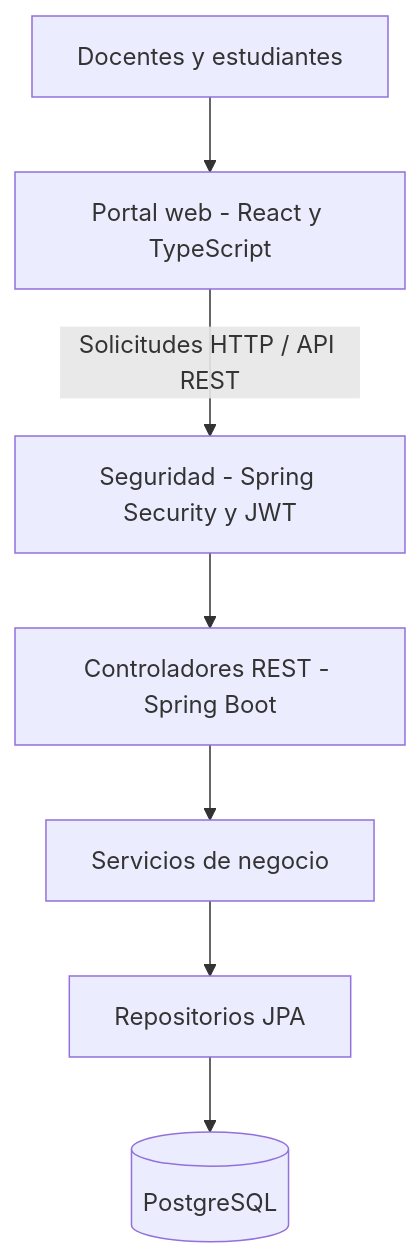
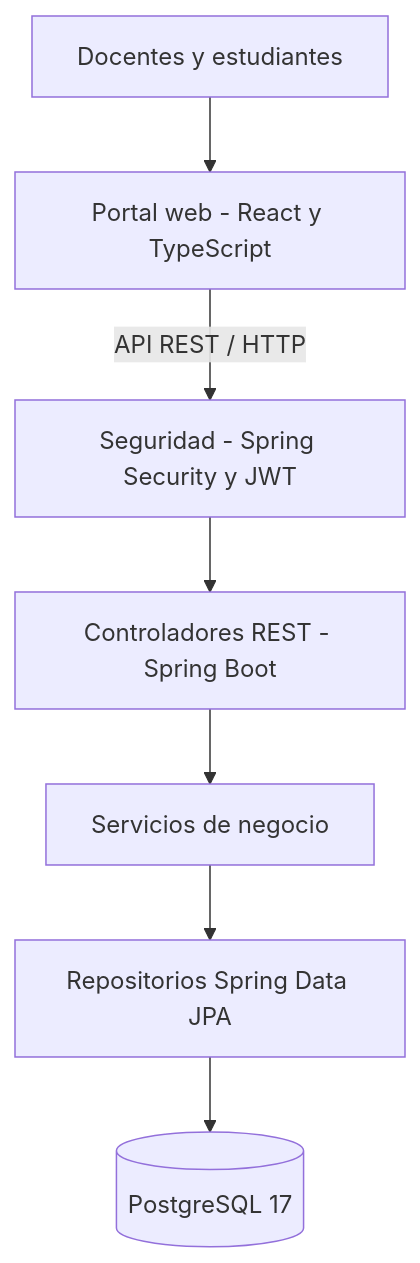
Before and after one commit to Jose-1206/attendance-registry-metricas: the diagram in docs/arquitectura/arquitectura.md, drawn with Mermaid. The commit also changed other lines of this file and 4 other files, not shown here.

````diff
--- a/docs/arquitectura/arquitectura.md
+++ b/docs/arquitectura/arquitectura.md
@@ -45,17 +26,17 @@
 ```mermaid
 flowchart TD
     U["Docentes y estudiantes"]
     P["Portal web - React y TypeScript"]
     SG["Seguridad - Spring Security y JWT"]
     C["Controladores REST - Spring Boot"]
     S["Servicios de negocio"]
-    R["Repositorios JPA"]
-    BD[("PostgreSQL")]
+    R["Repositorios Spring Data JPA"]
+    BD[("PostgreSQL 17")]
 
     U --> P
-    P -->|"Solicitudes HTTP / API REST"| SG
+    P -->|"API REST / HTTP"| SG
     SG --> C
     C --> S
     S --> R
     R --> BD
 ```
````
